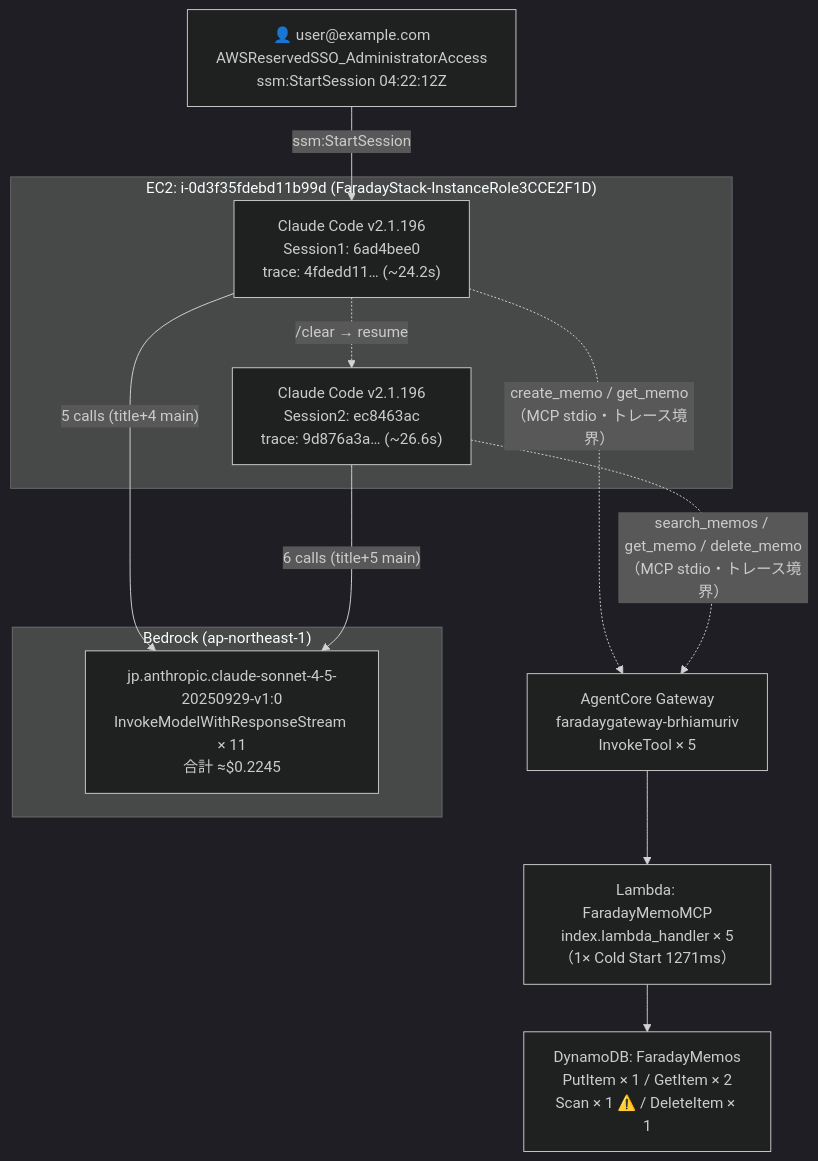
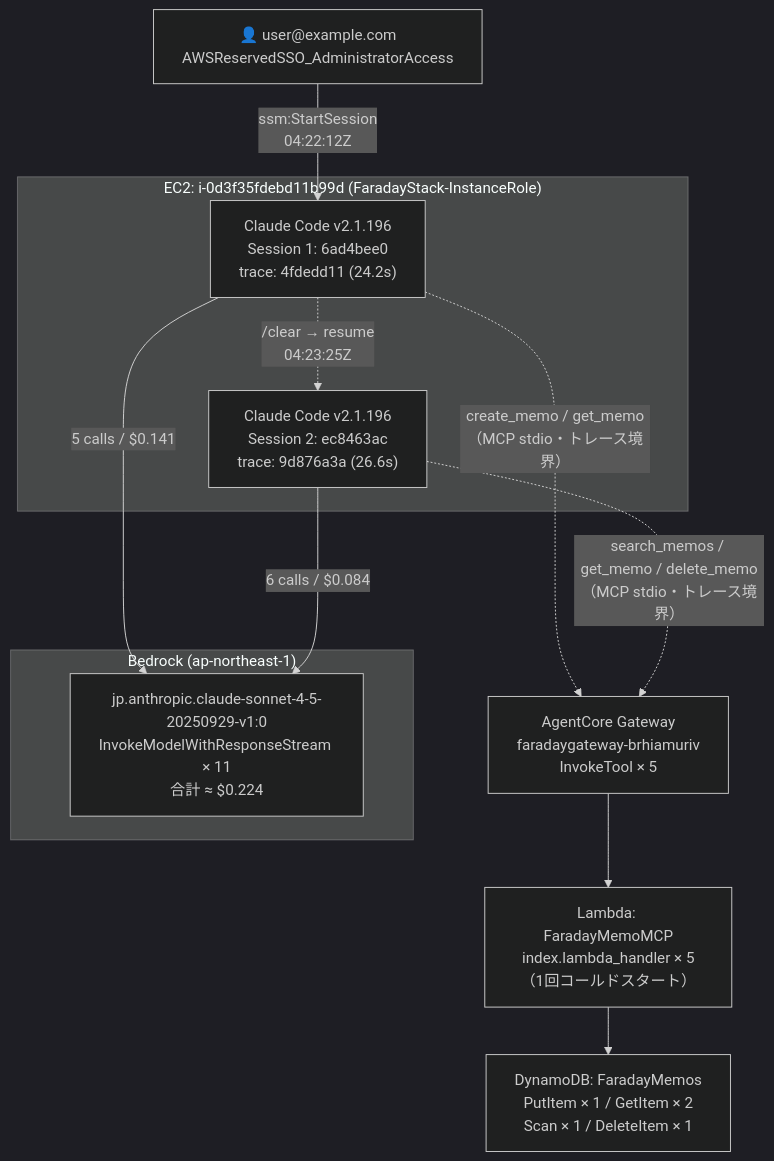
One commit to mahitotsu/faraday changed the diagram in investigations/report-akio-ltzhoupvjbr9687j26ktcqxqgq.md. Above: the diagram before and after it, drawn with Mermaid (dark theme). The commit also changed other lines of this file, not shown here.

````diff
--- a/investigations/report-akio-ltzhoupvjbr9687j26ktcqxqgq.md
+++ b/investigations/report-akio-ltzhoupvjbr9687j26ktcqxqgq.md
@@ -185,28 +177,27 @@
 ```mermaid
 graph TD
-    User["👤 user@example.com<br/>AWSReservedSSO_AdministratorAccess<br/>ssm:StartSession 04:22:12Z"]
+    User["👤 user@example.com<br/>AWSReservedSSO_AdministratorAccess"]
 
-    subgraph EC2["EC2: i-0d3f35fdebd11b99d (FaradayStack-InstanceRole3CCE2F1D)"]
-        CC1["Claude Code v2.1.196<br/>Session1: 6ad4bee0<br/>trace: 4fdedd11… (~24.2s)"]
-        CC2["Claude Code v2.1.196<br/>Session2: ec8463ac<br/>trace: 9d876a3a… (~26.6s)"]
+    subgraph EC2["EC2: i-0d3f35fdebd11b99d (FaradayStack-InstanceRole)"]
+        CC1["Claude Code v2.1.196<br/>Session 1: 6ad4bee0<br/>trace: 4fdedd11 (24.2s)"]
+        CC2["Claude Code v2.1.196<br/>Session 2: ec8463ac<br/>trace: 9d876a3a (26.6s)"]
     end
 
     subgraph BedrockSvc["Bedrock (ap-northeast-1)"]
-        BR["jp.anthropic.claude-sonnet-4-5-20250929-v1:0<br/>InvokeModelWithResponseStream × 11<br/>合計 ≈$0.2245"]
+        BR["jp.anthropic.claude-sonnet-4-5-20250929-v1:0<br/>InvokeModelWithResponseStream × 11<br/>合計 ≈ $0.224"]
     end
 
     GW["AgentCore Gateway<br/>faradaygateway-brhiamuriv<br/>InvokeTool × 5"]
 
-    LH["Lambda: FaradayMemoMCP<br/>index.lambda_handler × 5<br/>（1× Cold Start 1271ms）"]
+    LH["Lambda: FaradayMemoMCP<br/>index.lambda_handler × 5<br/>（1回コールドスタート）"]
 
-    DDB["DynamoDB: FaradayMemos<br/>PutItem × 1 / GetItem × 2<br/>Scan × 1 ⚠️ / DeleteItem × 1"]
+    DDB["DynamoDB: FaradayMemos<br/>PutItem × 1 / GetItem × 2<br/>Scan × 1 / DeleteItem × 1"]
 
-    User -->|"ssm:StartSession"| CC1
-    CC1 -.->|"/clear → resume"| CC2
-    CC1 -->|"5 calls (title+4 main)"| BR
-    CC2 -->|"6 calls (title+5 main)"| BR
+    User -->|"ssm:StartSession<br/>04:22:12Z"| CC1
+    CC1 -.->|"/clear → resume<br/>04:23:25Z"| CC2
+    CC1 -->|"5 calls / $0.141"| BR
+    CC2 -->|"6 calls / $0.084"| BR
     CC1 -.->|"create_memo / get_memo<br/>（MCP stdio・トレース境界）"| GW
     CC2 -.->|"search_memos / get_memo / delete_memo<br/>（MCP stdio・トレース境界）"| GW
-
     GW --> LH --> DDB
 ```
````
